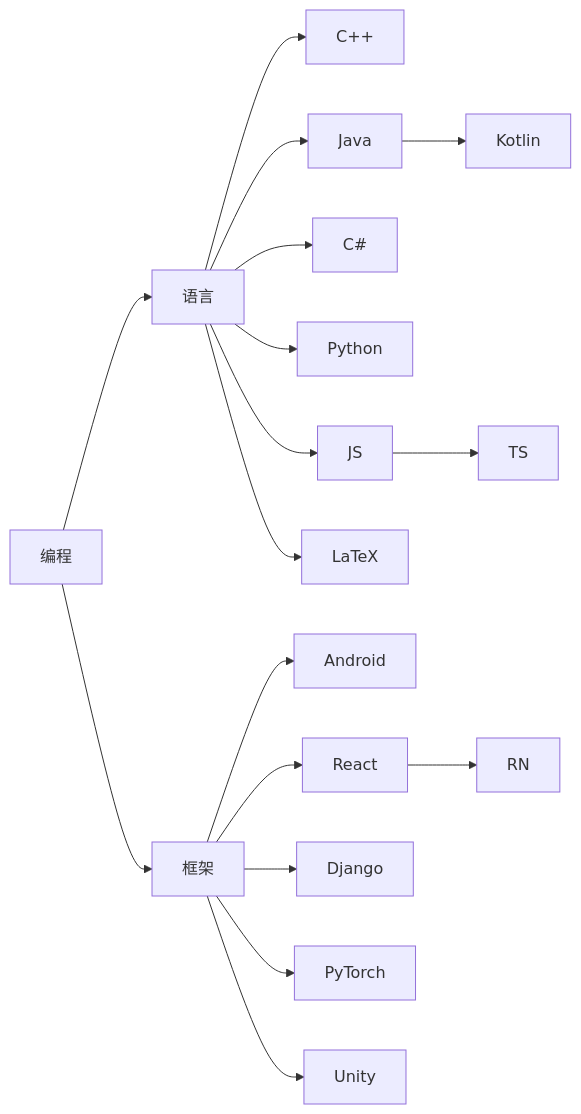
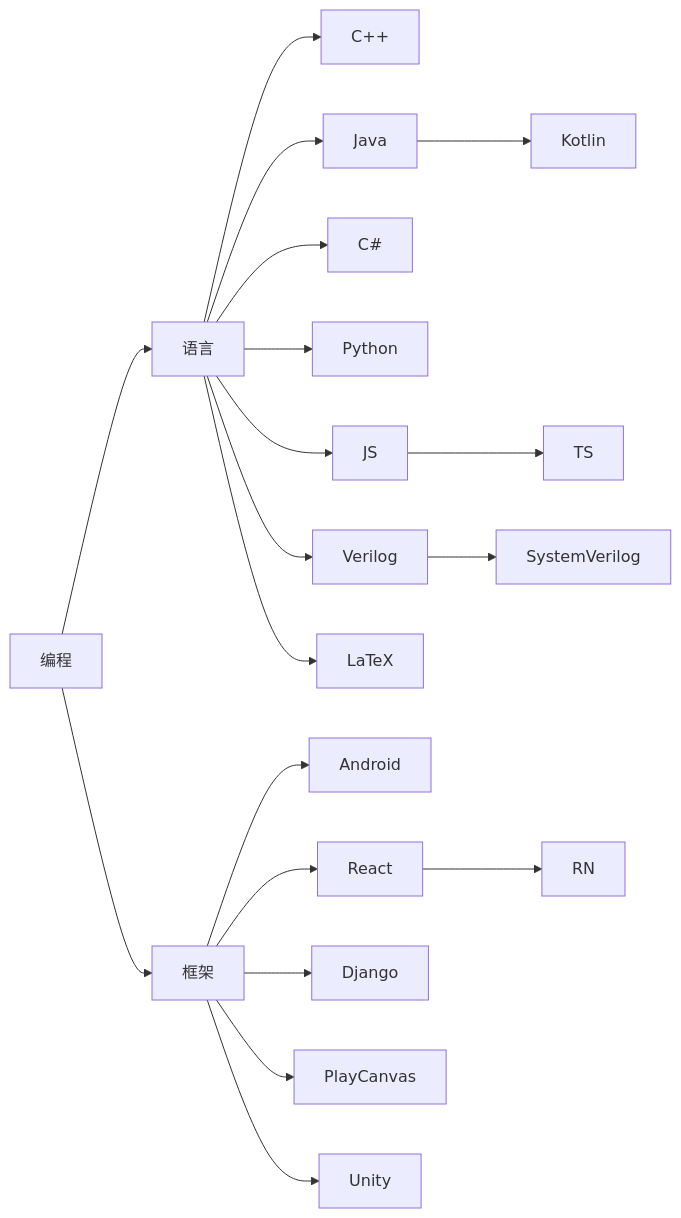
The diagram in source/about/index.md (UNIDY2002/blog), drawn with Mermaid before and after one commit. The commit also changed 5 other files, not shown here.

````diff
--- a/source/about/index.md
+++ b/source/about/index.md
@@ -13,19 +13,21 @@
 ```mermaid
 graph LR
 	编程-->语言
 	编程-->框架
 	语言-->C++
 	语言-->Java
 	Java-->Kotlin
     语言-->C#
 	语言-->Python
 	语言-->JS
 	JS-->TS
+	语言-->Verilog
+	Verilog-->SystemVerilog
 	语言-->LaTeX
 	框架-->Android
 	框架-->React
     框架-->Django
-	框架-->PyTorch
+	框架-->PlayCanvas
     框架-->Unity
     React-->RN
 ```
````
